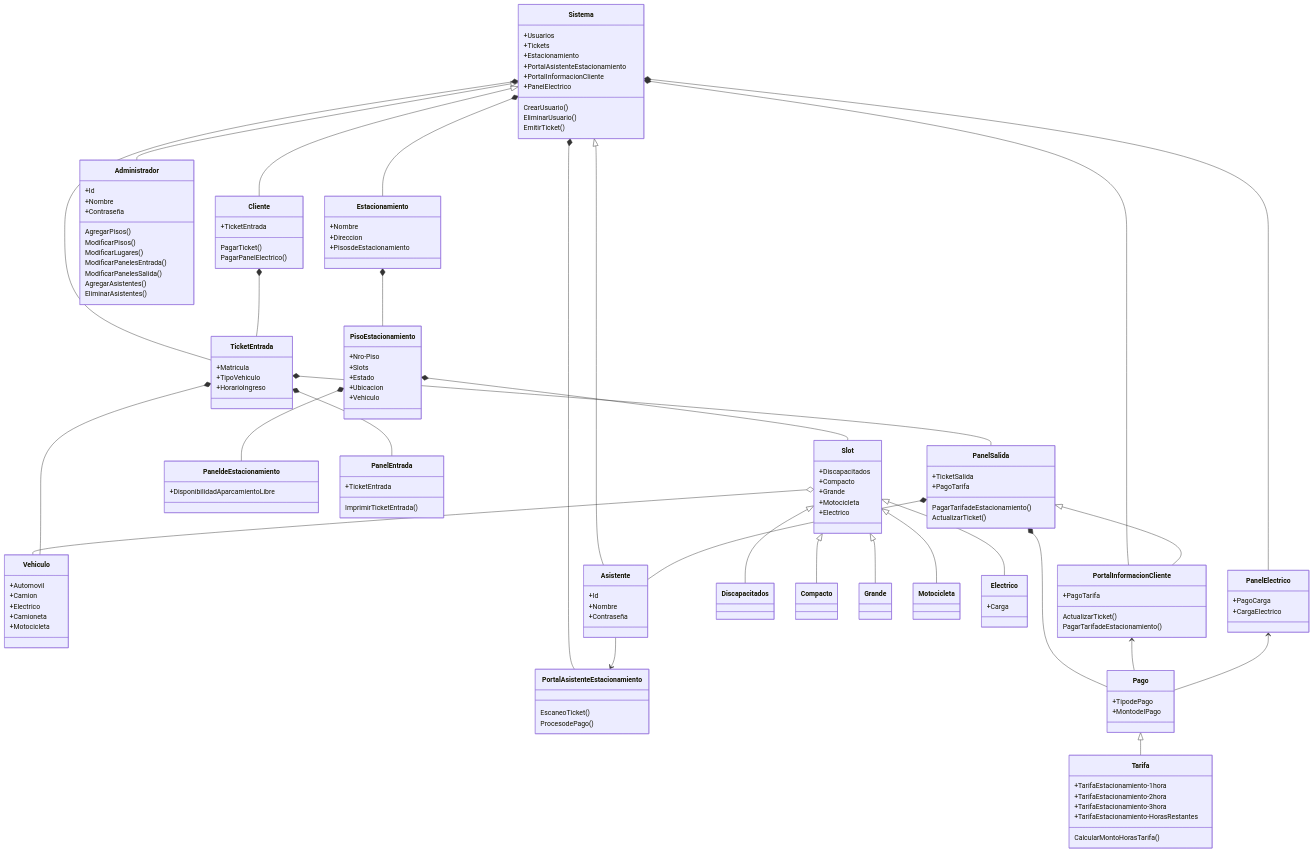
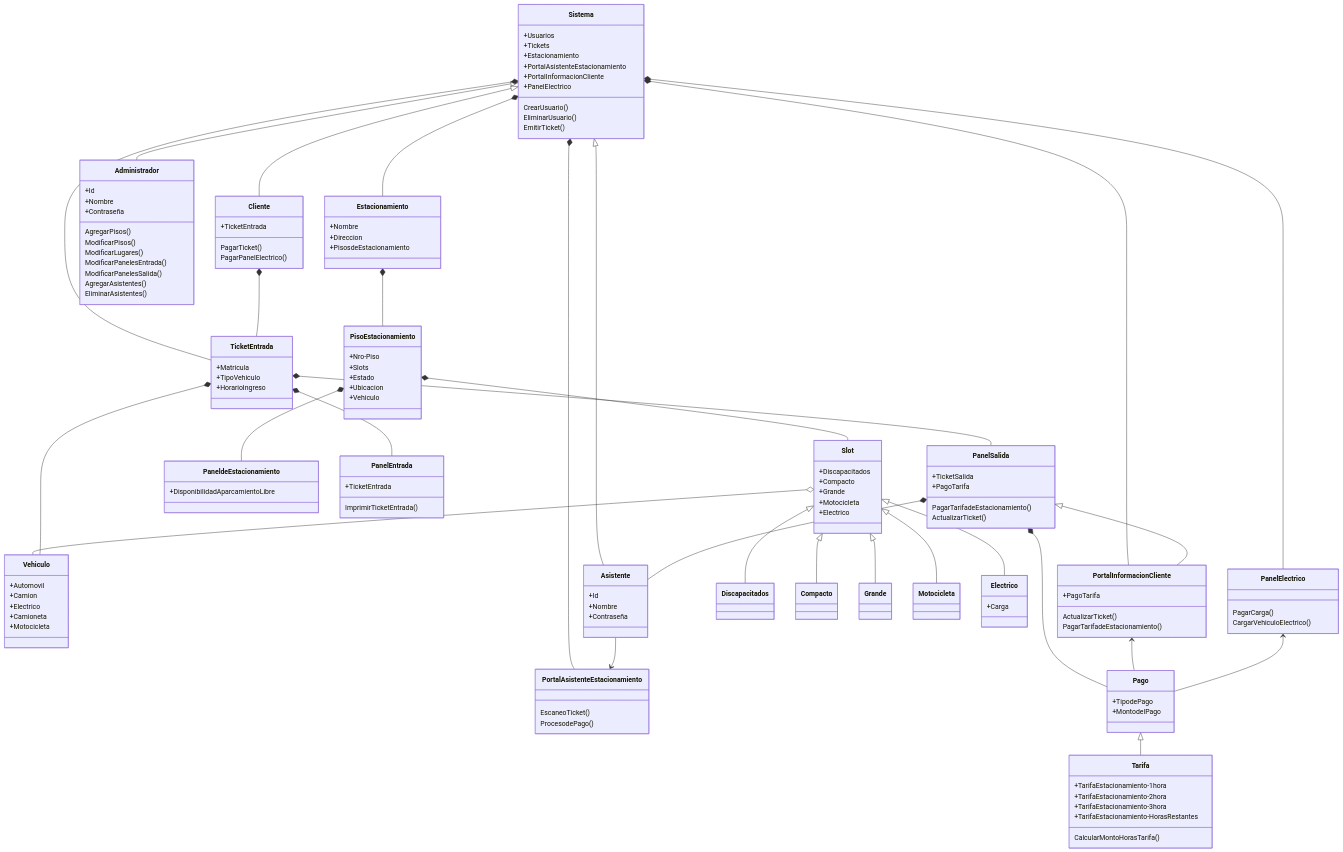
The diagram in doc/diagrama.mmd (09MauroID/Estacionamiento), drawn with Mermaid before and after one commit.

```diff
--- a/doc/diagrama.mmd
+++ b/doc/diagrama.mmd
@@ -1,151 +1,151 @@
 classDiagram
     Estacionamiento *-- PisoEstacionamiento
     PisoEstacionamiento *-- Slot
     Slot o-- Vehiculo
     PisoEstacionamiento *-- PaneldeEstacionamiento
     
     Sistema *-- Estacionamiento
     Sistema *-- TicketEntrada
     Sistema *-- PortalAsistenteEstacionamiento
     Sistema *-- PortalInformacionCliente
     Sistema *-- PanelElectrico
 
     Slot <|-- Discapacitados
     Slot <|-- Compacto
     Slot <|-- Grande
     Slot <|-- Motocicleta
     Slot <|-- Electrico
     
     Sistema <|-- Administrador
     Sistema <|-- Cliente
     Sistema <|-- Asistente
     
     Asistente --> PortalAsistenteEstacionamiento
 
     Cliente *-- TicketEntrada
 
     TicketEntrada *-- PanelEntrada
     TicketEntrada *-- PanelSalida
     TicketEntrada *-- Vehiculo
 
     PanelSalida *-- Asistente
     PanelSalida *-- Pago
     PanelSalida <|-- PortalInformacionCliente    
 
     PortalInformacionCliente <-- Pago
 
     PanelElectrico <-- Pago
 
     Pago <|-- Tarifa
 
     class Sistema
     Sistema: +Usuarios
     Sistema: +Tickets
     Sistema: +Estacionamiento
     Sistema: +PortalAsistenteEstacionamiento
     Sistema: +PortalInformacionCliente
     Sistema: +PanelElectrico
     Sistema: CrearUsuario()
     Sistema: EliminarUsuario()
     Sistema: EmitirTicket()
 
     class Estacionamiento
     Estacionamiento: +Nombre
     Estacionamiento: +Direccion
     Estacionamiento: +PisosdeEstacionamiento
 
     class PisoEstacionamiento
     PisoEstacionamiento: +Nro-Piso
     PisoEstacionamiento: +Slots
     PisoEstacionamiento: +Estado
     PisoEstacionamiento: +Ubicacion
     PisoEstacionamiento: +Vehiculo
 
     class Slot
     Slot: +Discapacitados
     Slot: +Compacto
     Slot: +Grande
     Slot: +Motocicleta
     Slot: +Electrico
     
     class Discapacitados
 
     class Compacto
     
     class Grande
     
     class Motocicleta
     
     class Electrico
     Electrico: +Carga
 
     class Vehiculo
     Vehiculo: +Automovil
     Vehiculo: +Camion
     Vehiculo: +Electrico
     Vehiculo: +Camioneta
     Vehiculo: +Motocicleta
 
     class Administrador
     Administrador: +Id
     Administrador: +Nombre
     Administrador: +Contraseña
     Administrador: AgregarPisos()
     Administrador: ModificarPisos()
     Administrador: ModificarLugares()
     Administrador: ModificarPanelesEntrada()
     Administrador: ModificarPanelesSalida()
     Administrador: AgregarAsistentes()
     Administrador: EliminarAsistentes()
 
     class Asistente
     Asistente: +Id
     Asistente: +Nombre
     Asistente: +Contraseña
     
     class Cliente
     Cliente: +TicketEntrada
     Cliente: PagarTicket()
     Cliente: PagarPanelElectrico()
 
     class TicketEntrada
     TicketEntrada: +Matricula
     TicketEntrada: +TipoVehiculo
     TicketEntrada: +HorarioIngreso
 
     class PanelEntrada
     PanelEntrada: +TicketEntrada
     PanelEntrada: ImprimirTicketEntrada()
 
     class PanelSalida
     PanelSalida: +TicketSalida
     PanelSalida: +PagoTarifa
     PanelSalida: PagarTarifadeEstacionamiento()
     PanelSalida: ActualizarTicket()
 
     class Pago
     Pago: +TipodePago
     Pago: +MontodelPago
 
     class Tarifa
     Tarifa: +TarifaEstacionamiento-1hora
     Tarifa: +TarifaEstacionamiento-2hora
     Tarifa: +TarifaEstacionamiento-3hora
     Tarifa: +TarifaEstacionamiento-HorasRestantes
     Tarifa: CalcularMontoHorasTarifa()
 
     class PaneldeEstacionamiento
     PaneldeEstacionamiento: +DisponibilidadAparcamientoLibre
 
     class PortalAsistenteEstacionamiento
     PortalAsistenteEstacionamiento: EscaneoTicket()
     PortalAsistenteEstacionamiento: ProcesodePago()
 
     class PortalInformacionCliente
     PortalInformacionCliente: +PagoTarifa
     PortalInformacionCliente: ActualizarTicket()
     PortalInformacionCliente: PagarTarifadeEstacionamiento()
 
     class PanelElectrico
-    PanelElectrico: +PagoCarga
-    PanelElectrico: +CargaElectrico
+    PanelElectrico: PagarCarga()
+    PanelElectrico: CargarVehiculoElectrico()
```
